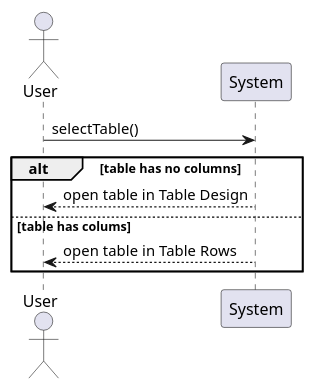
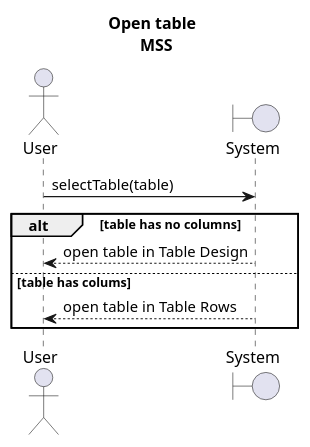
The diagram in diagrams/systemSequenceDiagram/openTable.puml (Bhamoss/softwareOntwerpProject), drawn with PlantUML before and after one commit. The commit also changed 12 other files, not shown here.

```diff
--- a/diagrams/systemSequenceDiagram/openTable.puml
+++ b/diagrams/systemSequenceDiagram/openTable.puml
@@ -1,11 +1,13 @@
 @startuml
+title Open table \n MSS
 Actor User
-User -> System: selectTable()
+Boundary System
+User -> System: selectTable(table)
 alt table has no columns
     System --> User:open table in Table Design
 else table has colums
     System --> User:open table in Table Rows
 end
 
 
 @enduml
```
